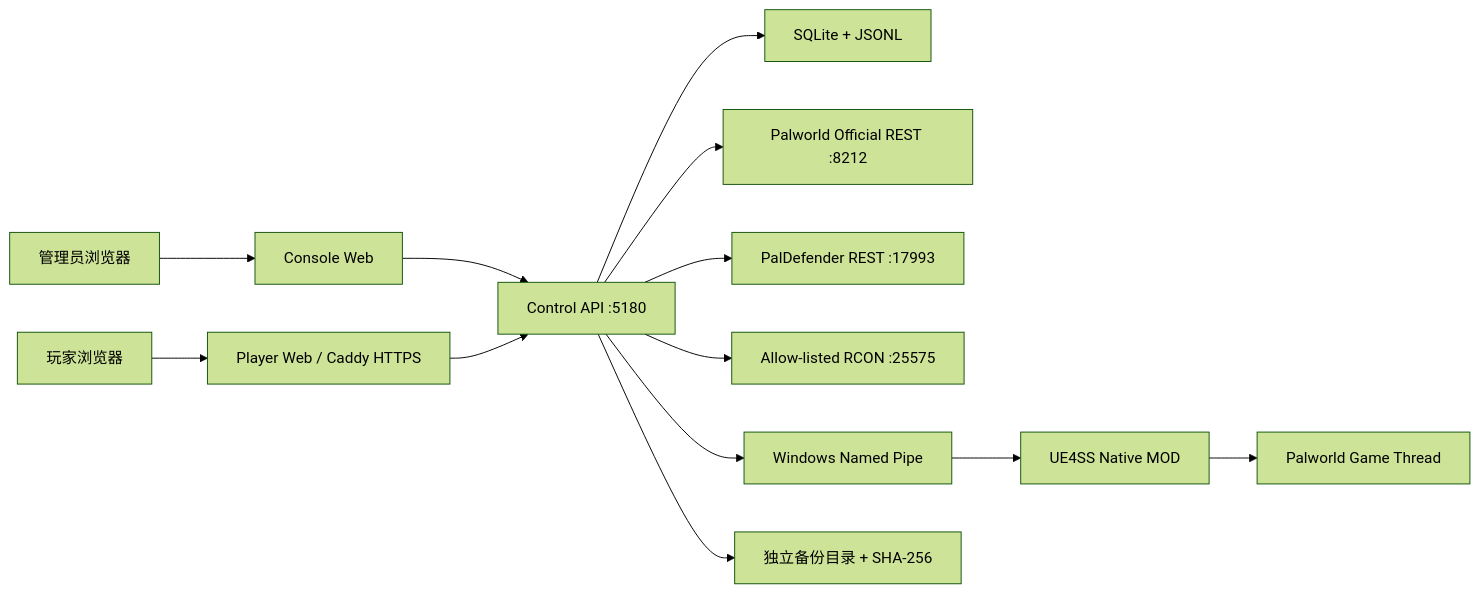
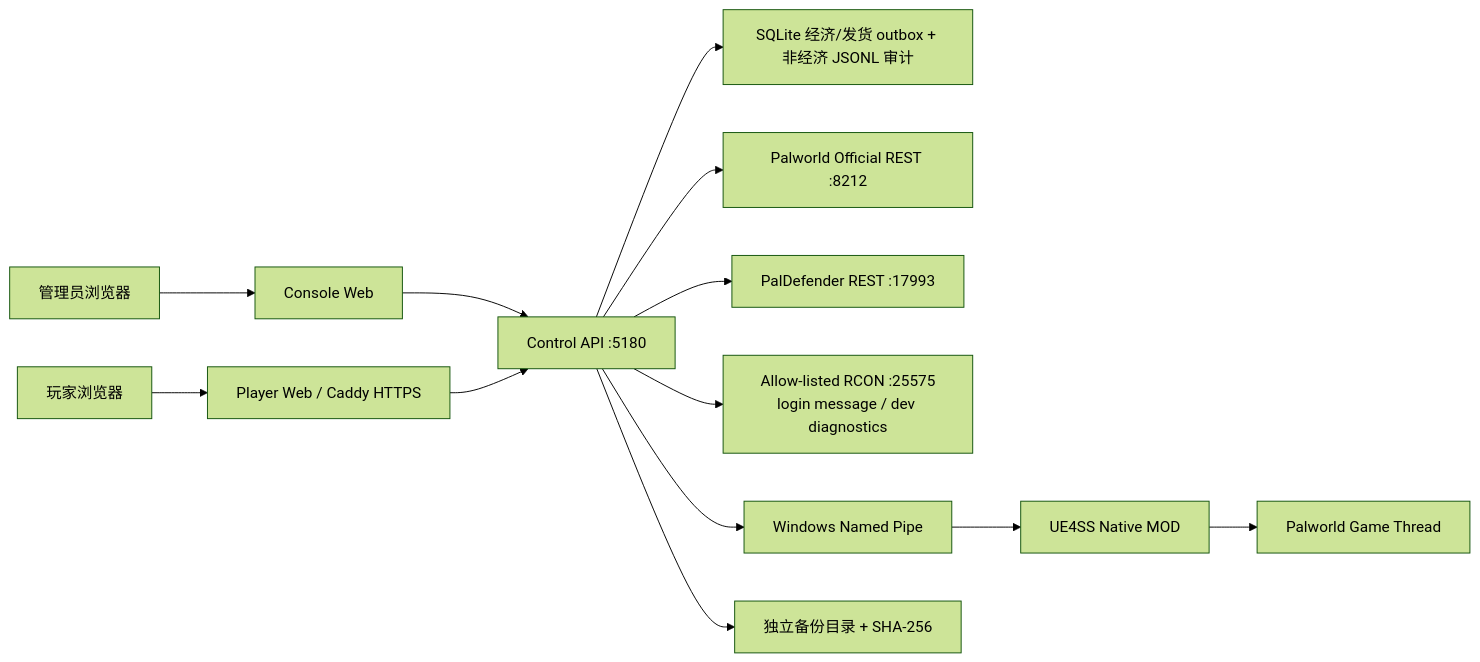
One commit to newonei/pal-control changed the diagram in README.md. Above: the diagram before and after it, drawn with Mermaid (forest theme). The commit also changed other lines of this file and 194 other files, not shown here.

````diff
--- a/README.md
+++ b/README.md
@@ -103,15 +116,15 @@
 ```mermaid
 flowchart LR
     Admin["管理员浏览器"] --> Console["Console Web"]
     Player["玩家浏览器"] --> Portal["Player Web / Caddy HTTPS"]
     Console --> API["Control API :5180"]
     Portal --> API
-    API --> State["SQLite + JSONL"]
+    API --> State["SQLite 经济/发货 outbox + 非经济 JSONL 审计"]
     API --> REST["Palworld Official REST :8212"]
     API --> PD["PalDefender REST :17993"]
-    API --> RCON["Allow-listed RCON :25575"]
+    API --> RCON["Allow-listed RCON :25575\nlogin message / dev diagnostics"]
     API --> Pipe["Windows Named Pipe"]
     Pipe --> Mod["UE4SS Native MOD"]
     Mod --> Game["Palworld Game Thread"]
     API --> Backup["独立备份目录 + SHA-256"]
 ```
````
